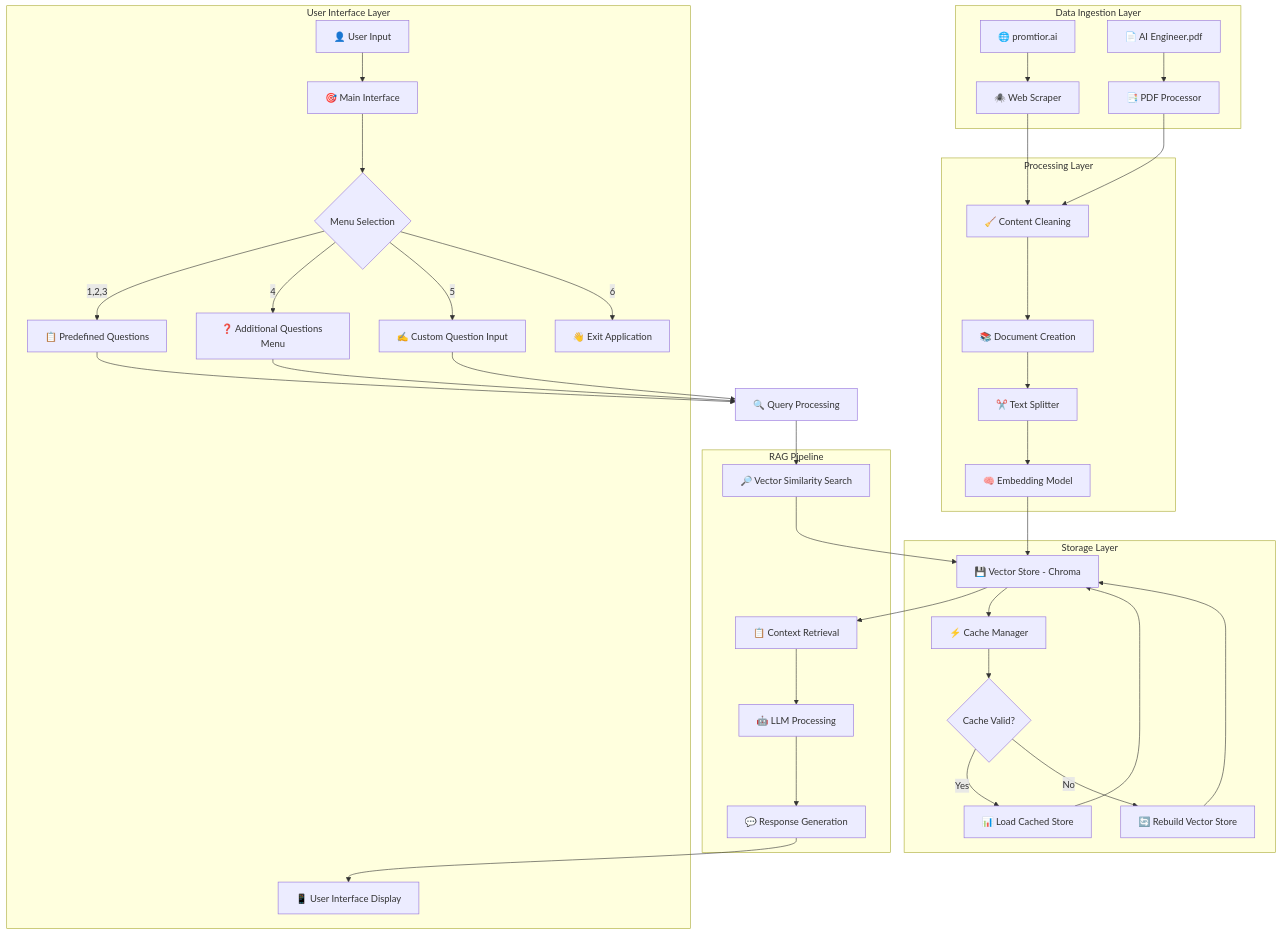
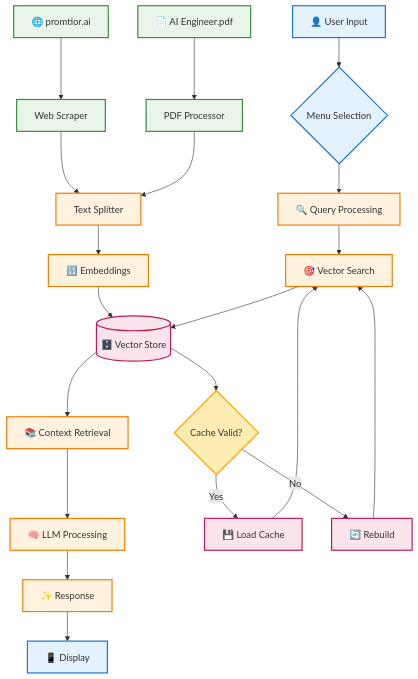
Before and after one commit to fpuglap/promtior-chatbot: the diagram in doc/component-diagram.md, drawn with Mermaid.

````diff
--- a/doc/component-diagram.md
+++ b/doc/component-diagram.md
@@ -7,85 +7,46 @@
 ```mermaid
-graph TD
-    %% User Interface Layer
-    A[👤 User Input] --> B[🎯 Main Interface]
-    B --> C{Menu Selection}
-
-    %% Query Processing
-    C -->|1,2,3| D[📋 Predefined Questions]
-    C -->|4| E[❓ Additional Questions Menu]
-    C -->|5| F[✍️ Custom Question Input]
-    C -->|6| G[👋 Exit Application]
-
-    D --> H[🔍 Query Processing]
-    E --> H
-    F --> H
-
+graph TB
+    %% User Interface
+    UI[👤 User Input] --> MS{Menu Selection}
+    
     %% Data Sources
-    I[🌐 promtior.ai] --> J[🕷️ Web Scraper]
-    K[📄 AI Engineer.pdf] --> L[📑 PDF Processor]
-
-    %% Content Processing Pipeline
-    J --> M[🧹 Content Cleaning]
-    L --> M
-    M --> N[📚 Document Creation]
-    N --> O[✂️ Text Splitter]
-    O --> P[🧠 Embedding Model]
-    P --> Q[💾 Vector Store - Chroma]
-
-    %% RAG Pipeline
-    H --> R[🔎 Vector Similarity Search]
-    R --> Q
-    Q --> S[📋 Context Retrieval]
-    S --> T[🤖 LLM Processing]
-    T --> U[💬 Response Generation]
-    U --> V[📱 User Interface Display]
-
-    %% Caching System
-    Q --> W[⚡ Cache Manager]
-    W --> X{Cache Valid?}
-    X -->|Yes| Y[📊 Load Cached Store]
-    X -->|No| Z[🔄 Rebuild Vector Store]
-    Y --> Q
-    Z --> Q
-
+    WEB[🌐 promtior.ai]
+    PDF[📄 AI Engineer.pdf]
+    
+    %% Core Pipeline
+    MS --> QP[🔍 Query Processing]
+    WEB --> WS[Web Scraper]
+    PDF --> PP[PDF Processor] 
+    WS --> TS[Text Splitter]
+    PP --> TS
+    TS --> EM[🔢 Embeddings]
+    EM --> VS[(🗄️ Vector Store)]
+    
+    %% RAG Process
+    QP --> VSS[🎯 Vector Search]
+    VSS --> VS
+    VS --> CR[📚 Context Retrieval]
+    CR --> LLM[🧠 LLM Processing]
+    LLM --> RG[✨ Response]
+    RG --> UD[📱 Display]
+    
+    %% Cache Logic
+    VS --> CM{Cache Valid?}
+    CM -->|Yes| LC[💾 Load Cache]
+    CM -->|No| RB[🔄 Rebuild]
+    LC --> VSS
+    RB --> VSS
+    
     %% Styling
-    subgraph "Data Ingestion Layer"
-        I
-        K
-        J
-        L
-    end
-
-    subgraph "Processing Layer"
-        M
-        N
-        O
-        P
-    end
-
-    subgraph "Storage Layer"
-        Q
-        W
-        X
-        Y
-        Z
-    end
-
-    subgraph "RAG Pipeline"
-        R
-        S
-        T
-        U
-    end
-
-    subgraph "User Interface Layer"
-        A
-        B
-        C
-        D
-        E
-        F
-        G
-        V
-    end
+    classDef ui fill:#e3f2fd,stroke:#1976d2,stroke-width:2px
+    classDef data fill:#e8f5e8,stroke:#388e3c,stroke-width:2px
+    classDef process fill:#fff3e0,stroke:#f57c00,stroke-width:2px
+    classDef storage fill:#fce4ec,stroke:#c2185b,stroke-width:2px
+    classDef decision fill:#ffecb3,stroke:#ffa000,stroke-width:2px
+    
+    class UI,MS,UD ui
+    class WEB,PDF,WS,PP data
+    class QP,TS,EM,VSS,CR,LLM,RG process
+    class VS,LC,RB storage
+    class CM decision
 ```
````
